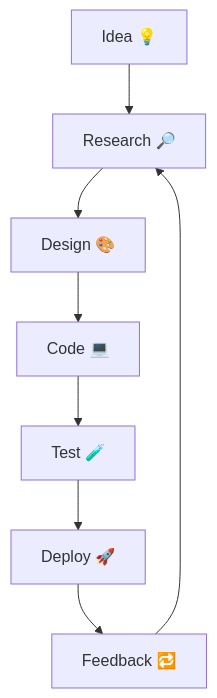
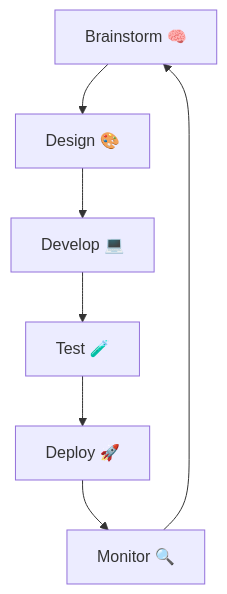
The diagram in README.md (Laden8210/Laden8210), drawn with Mermaid before and after one commit. The commit also changed other lines of this file, not shown here.

````diff
--- a/README.md
+++ b/README.md
@@ -51,10 +123,9 @@
 ```mermaid
 graph TD;
-    A[Idea 💡] --> B[Research 🔎]
-    B --> C[Design 🎨]
-    C --> D[Code 💻]
-    D --> E[Test 🧪]
-    E --> F[Deploy 🚀]
-    F --> G[Feedback 🔁]
-    G --> B
+    A[Brainstorm 🧠] --> B[Design 🎨]
+    B --> C[Develop 💻]
+    C --> D[Test 🧪]
+    D --> E[Deploy 🚀]
+    E --> F[Monitor 🔍]
+    F --> A
 ```
````
